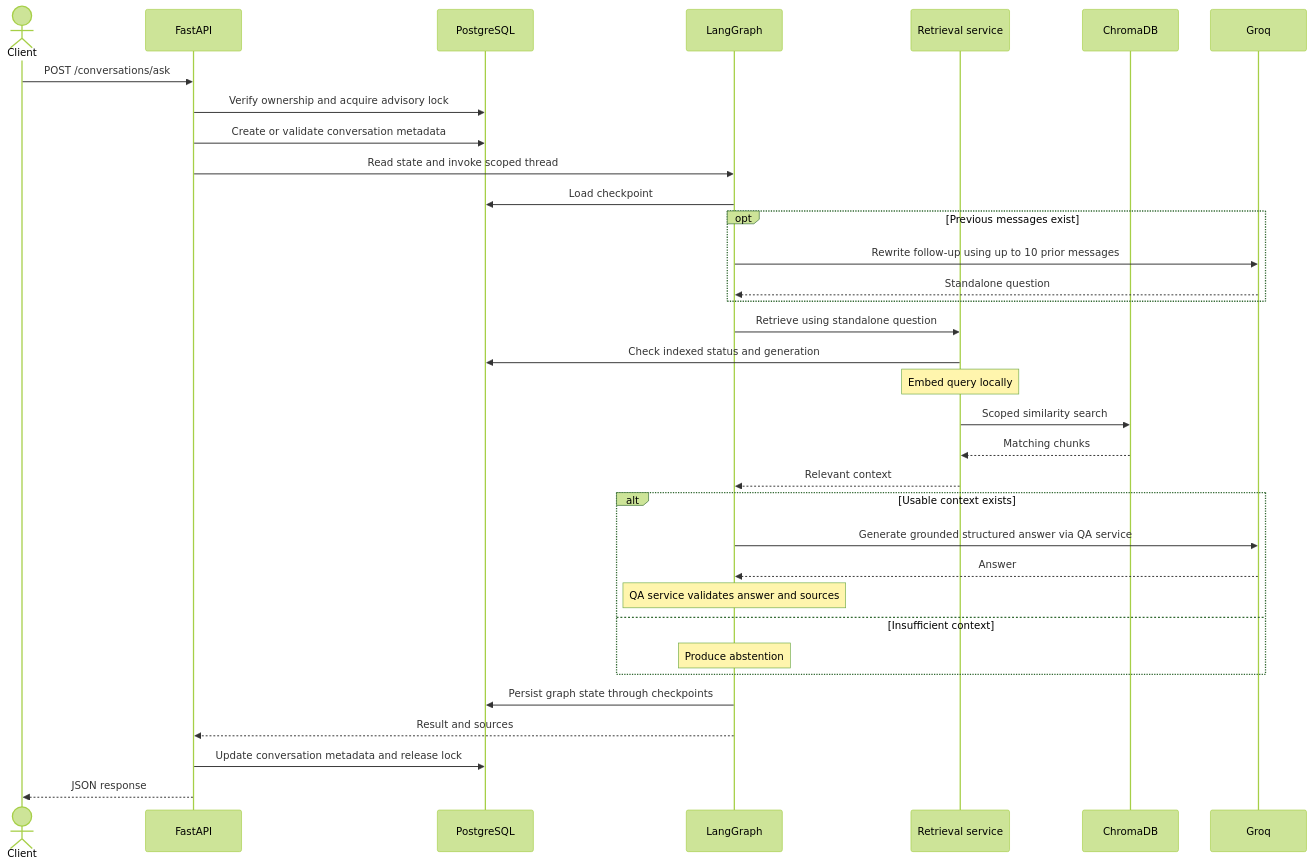
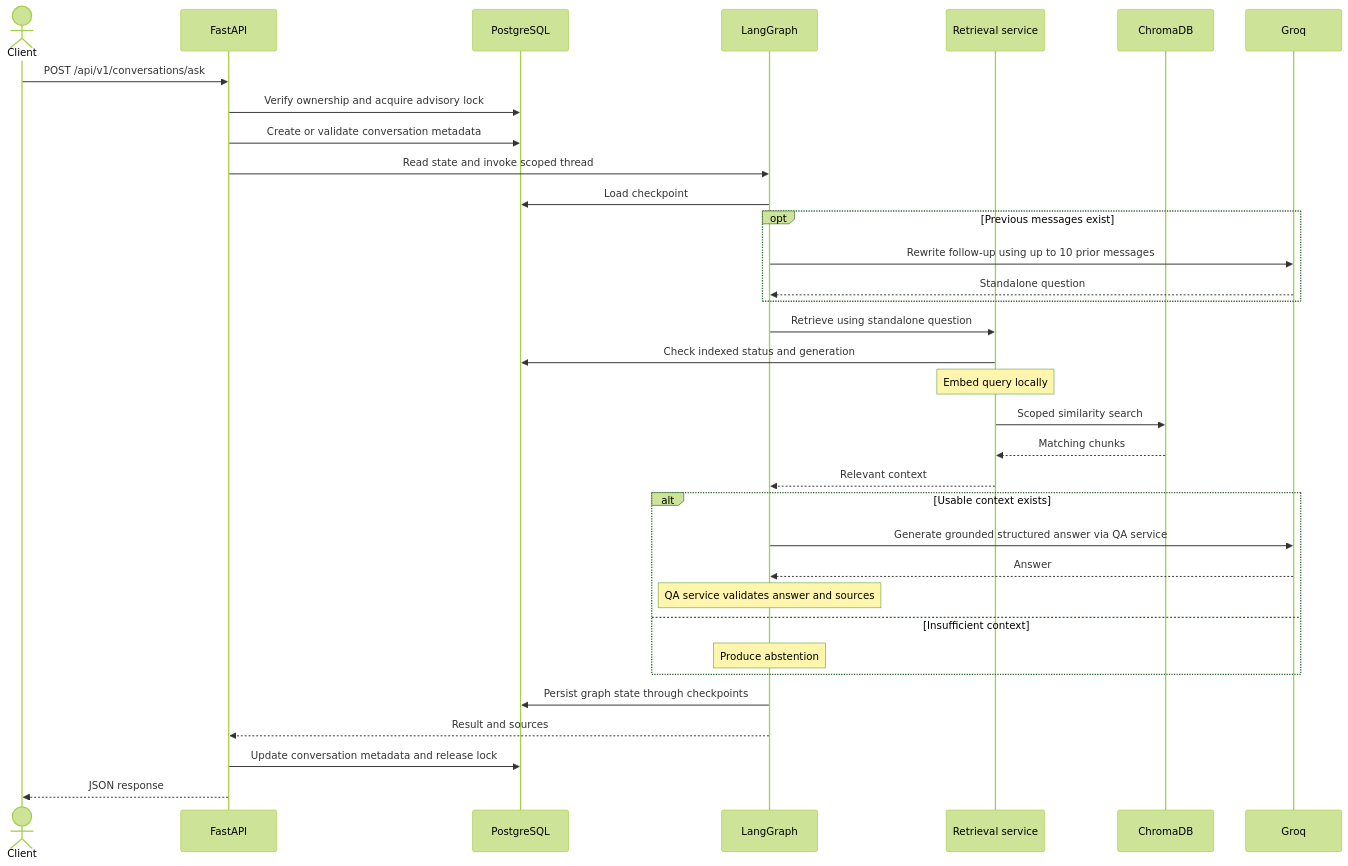
One commit to mehmood22/ragforge changed the fifth of 5 diagrams in docs/ARCHITECTURE.md. Above: the diagram before and after it, drawn with Mermaid (forest theme). The commit also changed other lines of this file and 2 other files, not shown here.

Commit message:
docs: standardize versioned API endpoints and health checks

````diff
--- a/docs/ARCHITECTURE.md
+++ b/docs/ARCHITECTURE.md
@@ -103,36 +103,36 @@
 ```mermaid
 sequenceDiagram
     actor U as Client
     participant A as FastAPI
     participant P as PostgreSQL
     participant G as LangGraph
     participant R as Retrieval service
     participant V as ChromaDB
     participant L as Groq
-    U->>A: POST /conversations/ask
+    U->>A: POST /api/v1/conversations/ask
     A->>P: Verify ownership and acquire advisory lock
     A->>P: Create or validate conversation metadata
     A->>G: Read state and invoke scoped thread
     G->>P: Load checkpoint
     opt Previous messages exist
         G->>L: Rewrite follow-up using up to 10 prior messages
         L-->>G: Standalone question
     end
     G->>R: Retrieve using standalone question
     R->>P: Check indexed status and generation
     Note over R: Embed query locally
     R->>V: Scoped similarity search
     V-->>R: Matching chunks
     R-->>G: Relevant context
     alt Usable context exists
         G->>L: Generate grounded structured answer via QA service
         L-->>G: Answer
         Note over G: QA service validates answer and sources
     else Insufficient context
         Note over G: Produce abstention
     end
     G->>P: Persist graph state through checkpoints
     G-->>A: Result and sources
     A->>P: Update conversation metadata and release lock
     A-->>U: JSON response
 ```
````
